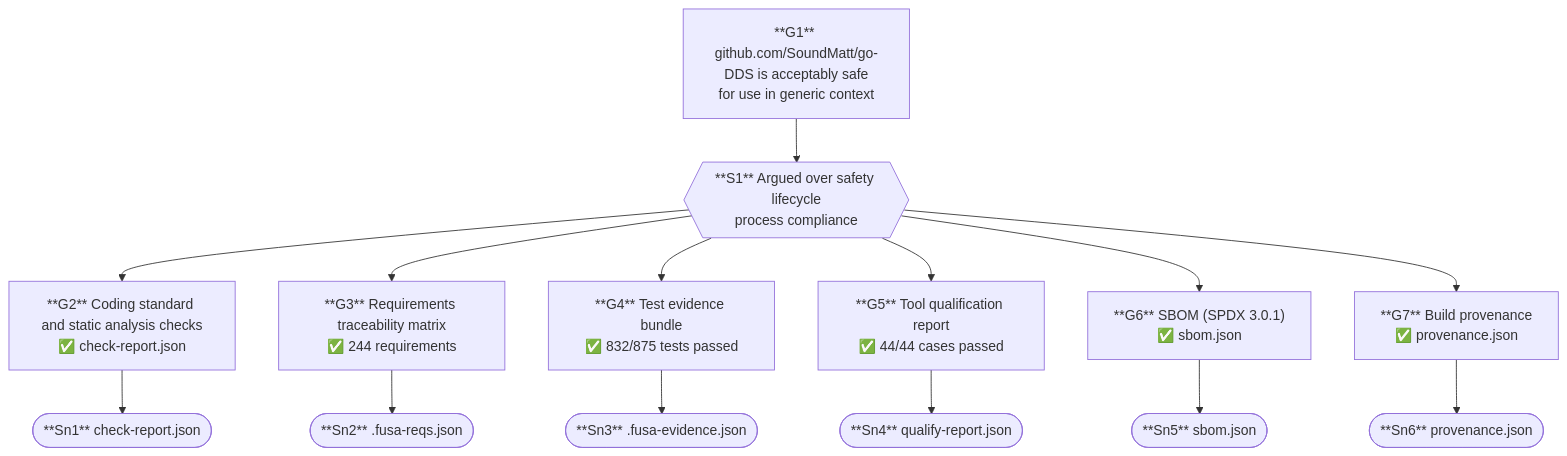
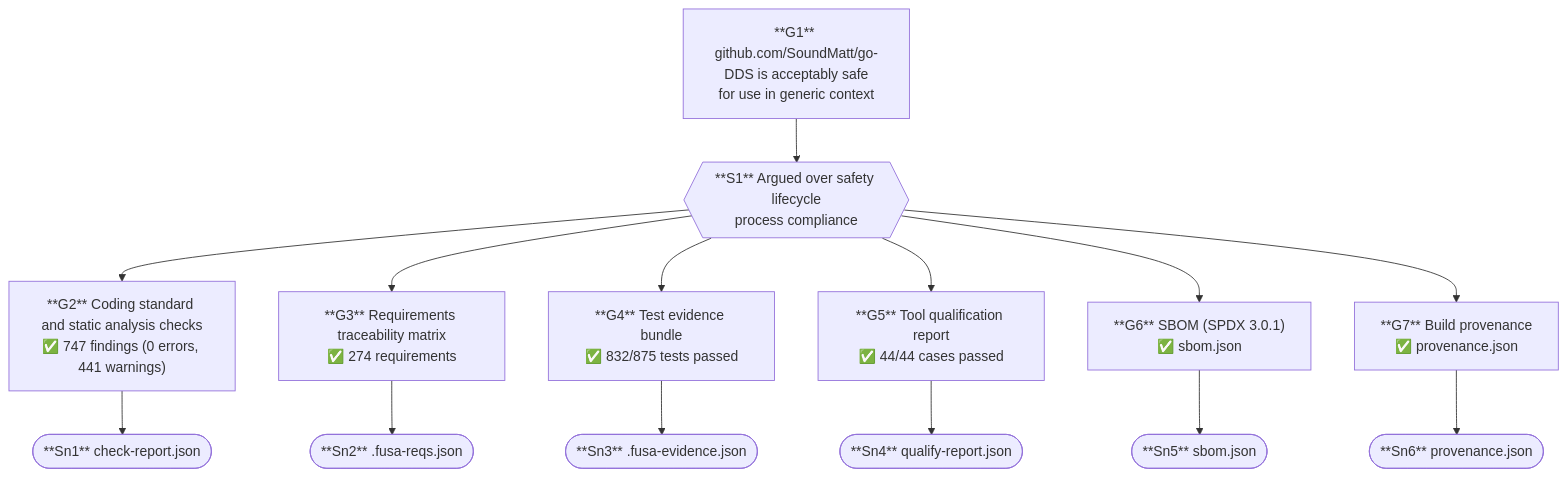
Before and after one commit to SoundMatt/go-DDS: the diagram in safety-case.mermaid, drawn with Mermaid. The commit also changed 34 other files, not shown here.

```diff
--- a/safety-case.mermaid
+++ b/safety-case.mermaid
@@ -1,28 +1,28 @@
 flowchart TD
     G1["**G1** github.com/SoundMatt/go-DDS is acceptably safe\nfor use in generic context"]
     S1{{"**S1** Argued over safety lifecycle\nprocess compliance"}}
-    G2["**G2** Coding standard and static analysis checks\n✅ check-report.json"]
+    G2["**G2** Coding standard and static analysis checks\n✅ 747 findings (0 errors, 441 warnings)"]
     Sn1(["**Sn1** check-report.json"])
-    G3["**G3** Requirements traceability matrix\n✅ 244 requirements"]
+    G3["**G3** Requirements traceability matrix\n✅ 274 requirements"]
     Sn2(["**Sn2** .fusa-reqs.json"])
     G4["**G4** Test evidence bundle\n✅ 832/875 tests passed"]
     Sn3(["**Sn3** .fusa-evidence.json"])
     G5["**G5** Tool qualification report\n✅ 44/44 cases passed"]
     Sn4(["**Sn4** qualify-report.json"])
     G6["**G6** SBOM (SPDX 3.0.1)\n✅ sbom.json"]
     Sn5(["**Sn5** sbom.json"])
     G7["**G7** Build provenance\n✅ provenance.json"]
     Sn6(["**Sn6** provenance.json"])
     G1 --> S1
     S1 --> G2
     S1 --> G3
     S1 --> G4
     S1 --> G5
     S1 --> G6
     S1 --> G7
     G2 --> Sn1
     G3 --> Sn2
     G4 --> Sn3
     G5 --> Sn4
     G6 --> Sn5
     G7 --> Sn6
```
